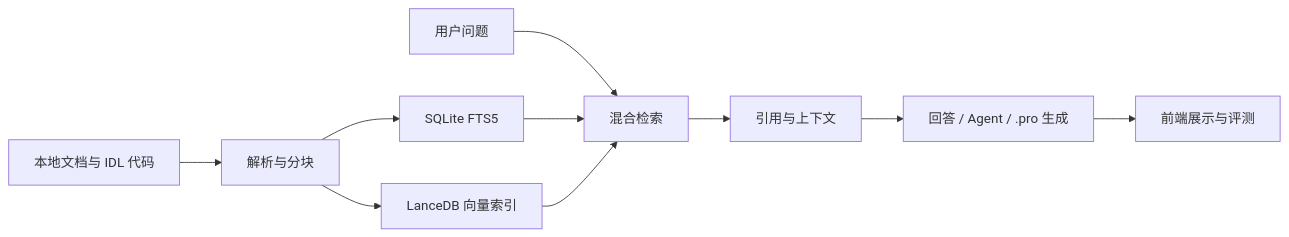
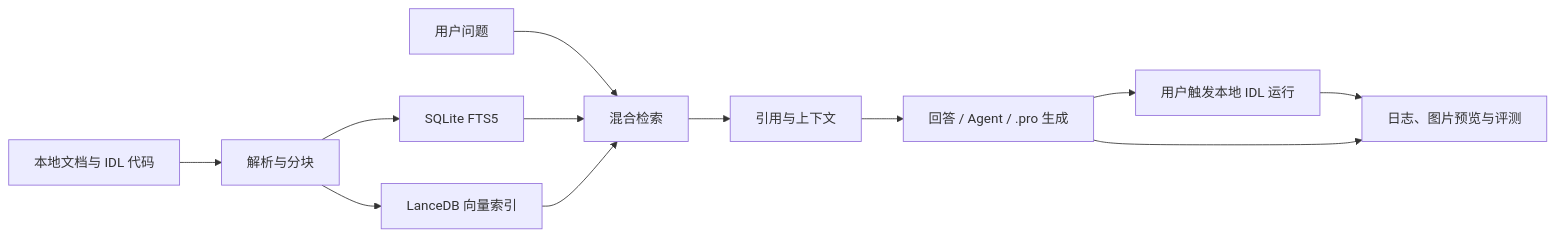
Before and after one commit to GeoSyntax/idl-rag: the second of 3 diagrams in README.md, drawn with Mermaid. The commit also changed other lines of this file and 23 other files, not shown here.

````diff
--- a/README.md
+++ b/README.md
@@ -70,12 +102,14 @@
 ```mermaid
 flowchart LR
   Source[本地文档与 IDL 代码] --> Ingest[解析与分块]
   Ingest --> FTS[SQLite FTS5]
   Ingest --> Vector[LanceDB 向量索引]
   User[用户问题] --> Retrieve[混合检索]
   FTS --> Retrieve
   Vector --> Retrieve
   Retrieve --> Ground[引用与上下文]
   Ground --> Answer[回答 / Agent / .pro 生成]
-  Answer --> UI[前端展示与评测]
+  Answer --> Run[用户触发本地 IDL 运行]
+  Run --> UI[日志、图片预览与评测]
+  Answer --> UI
 ```
````
